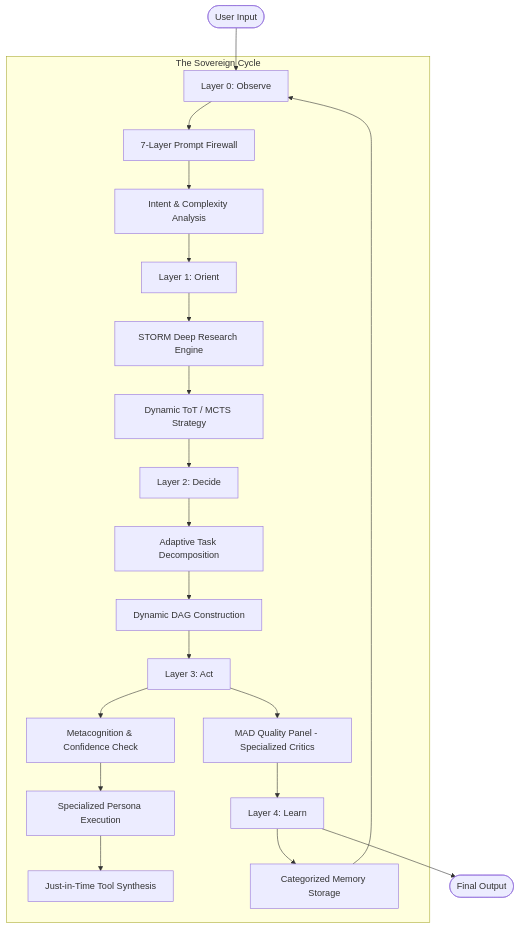
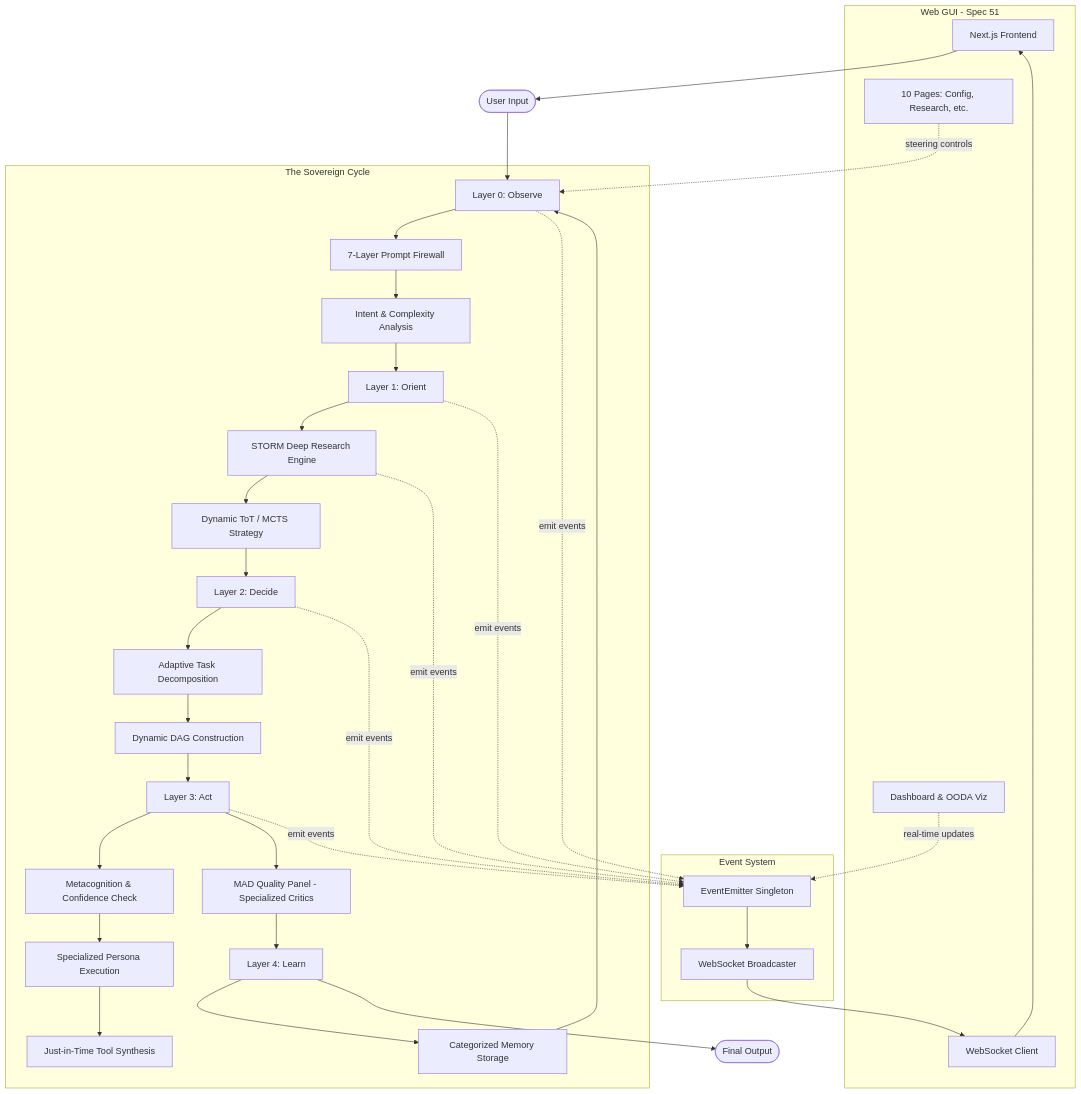
The diagram in docs/ARCHITECTURE.md (faresrafat3/gaap-need-work-kilo), drawn with Mermaid before and after one commit. The commit also changed other lines of this file and 355 other files, not shown here.

````diff
--- a/docs/ARCHITECTURE.md
+++ b/docs/ARCHITECTURE.md
@@ -23,29 +32,54 @@
 ```mermaid
 graph TD
+    subgraph Web_Interface [Web GUI - Spec 51]
+        WebUI[Next.js Frontend]
+        WS[WebSocket Client]
+        Dashboard[Dashboard & OODA Viz]
+        Pages[10 Pages: Config, Research, etc.]
+    end
+    
+    subgraph Event_System [Event System]
+        Emitter[EventEmitter Singleton]
+        WSBroadcaster[WebSocket Broadcaster]
+    end
+    
     User([User Input]) --> L0[Layer 0: Observe]
+    WebUI --> User
+    WS --> WebUI
+    WSBroadcaster --> WS
     
     subgraph OODA_Loop [The Sovereign Cycle]
         L0 --> Firewall[7-Layer Prompt Firewall]
         Firewall --> Intent[Intent & Complexity Analysis]
         
         Intent --> L1[Layer 1: Orient]
         L1 --> DeepResearch[STORM Deep Research Engine]
         DeepResearch --> StratTree[Dynamic ToT / MCTS Strategy]
         
         StratTree --> L2[Layer 2: Decide]
         L2 --> TaskDecomp[Adaptive Task Decomposition]
         TaskDecomp --> TaskGraph[Dynamic DAG Construction]
         
         TaskGraph --> L3[Layer 3: Act]
         L3 --> MetaCog[Metacognition & Confidence Check]
         MetaCog --> Execution[Specialized Persona Execution]
         Execution --> ToolSynth[Just-in-Time Tool Synthesis]
         
         L3 --> Quality[MAD Quality Panel - Specialized Critics]
         Quality --> Learn[Layer 4: Learn]
         Learn --> EpisodicMemory[Categorized Memory Storage]
         EpisodicMemory --> L0
     end
     
+    L0 -.->|emit events| Emitter
+    L1 -.->|emit events| Emitter
+    L2 -.->|emit events| Emitter
+    L3 -.->|emit events| Emitter
+    DeepResearch -.->|emit events| Emitter
+    Emitter --> WSBroadcaster
+    
     Learn --> Final([Final Output])
+    
+    Dashboard -.->|real-time updates| Emitter
+    Pages -.->|steering controls| L0
 ```
````
